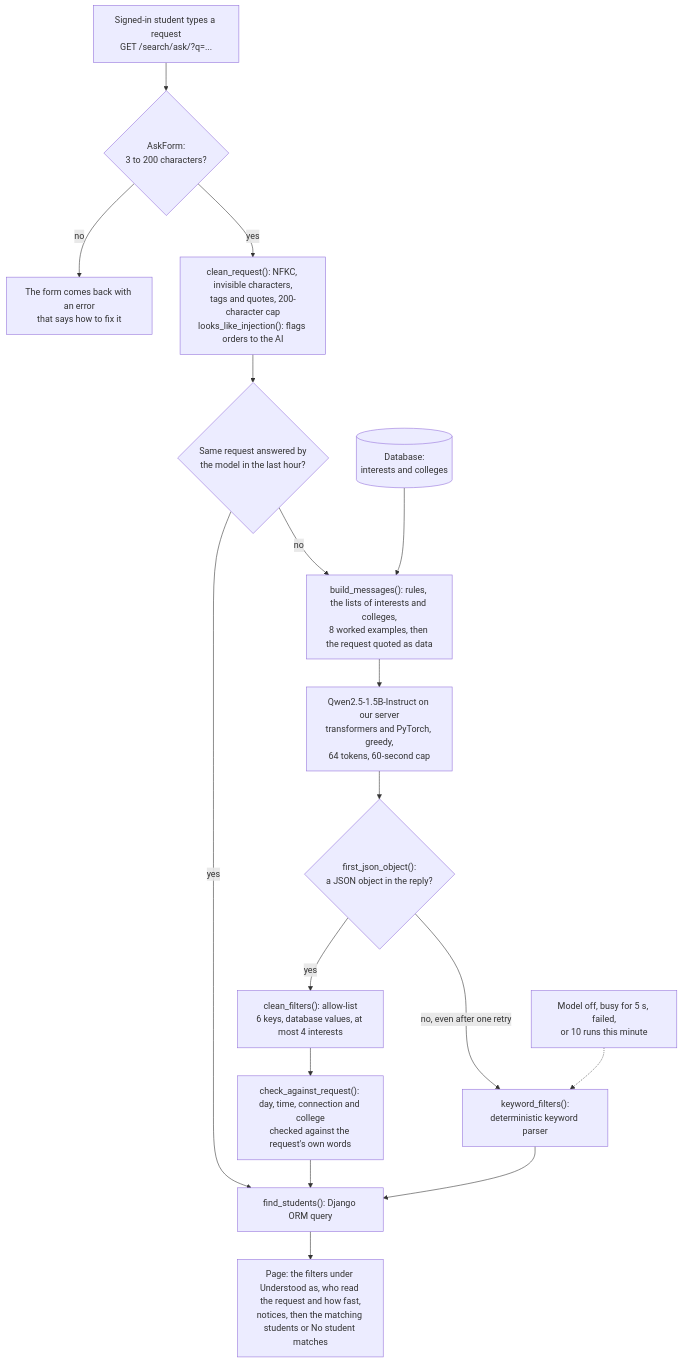
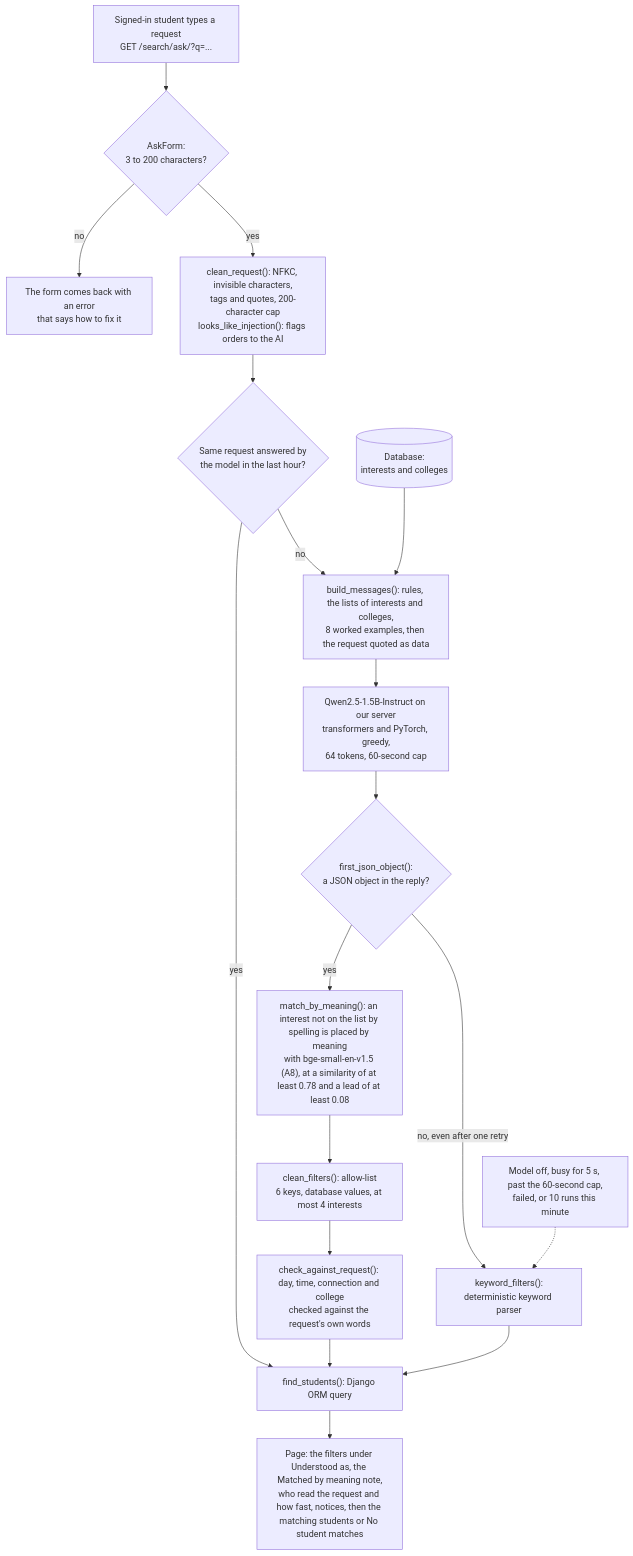
The second of 3 diagrams in README_AI.md (manojkmohan5/13_QuadConnect), drawn with Mermaid before and after one commit. The commit also changed other lines of this file, not shown here.

````diff
--- a/README_AI.md
+++ b/README_AI.md
@@ -382,19 +394,20 @@
 ```mermaid
 flowchart TD
     U["Signed-in student types a request<br/>GET /search/ask/?q=..."] --> F{"AskForm:<br/>3 to 200 characters?"}
     F -->|no| FE["The form comes back with an error<br/>that says how to fix it"]
     F -->|yes| C["clean_request(): NFKC, invisible characters,<br/>tags and quotes, 200-character cap<br/>looks_like_injection(): flags orders to the AI"]
     C --> H{"Same request answered by<br/>the model in the last hour?"}
     H -->|yes| Q
     H -->|no| P["build_messages(): rules, the lists of interests and colleges,<br/>8 worked examples, then the request quoted as data"]
     D[("Database:<br/>interests and colleges")] --> P
     P --> M["Qwen2.5-1.5B-Instruct on our server<br/>transformers and PyTorch, greedy,<br/>64 tokens, 60-second cap"]
     M --> J{"first_json_object():<br/>a JSON object in the reply?"}
     J -->|no, even after one retry| KW["keyword_filters():<br/>deterministic keyword parser"]
-    J -->|yes| A["clean_filters(): allow-list<br/>6 keys, database values, at most 4 interests"]
-    X["Model off, busy for 5 s, failed,<br/>or 10 runs this minute"] -.-> KW
+    J -->|yes| E["match_by_meaning(): an interest not on the list by spelling is placed by meaning<br/>with bge-small-en-v1.5 (A8), at a similarity of at least 0.78 and a lead of at least 0.08"]
+    E --> A["clean_filters(): allow-list<br/>6 keys, database values, at most 4 interests"]
+    X["Model off, busy for 5 s, past the 60-second cap,<br/>failed, or 10 runs this minute"] -.-> KW
     A --> CK["check_against_request(): day, time, connection and college<br/>checked against the request's own words"]
     CK --> Q["find_students(): Django ORM query"]
     KW --> Q
-    Q --> O["Page: the filters under Understood as, who read the request and how fast,<br/>notices, then the matching students or No student matches"]
+    Q --> O["Page: the filters under Understood as, the Matched by meaning note,<br/>who read the request and how fast, notices, then the matching students or No student matches"]
 ```
````
